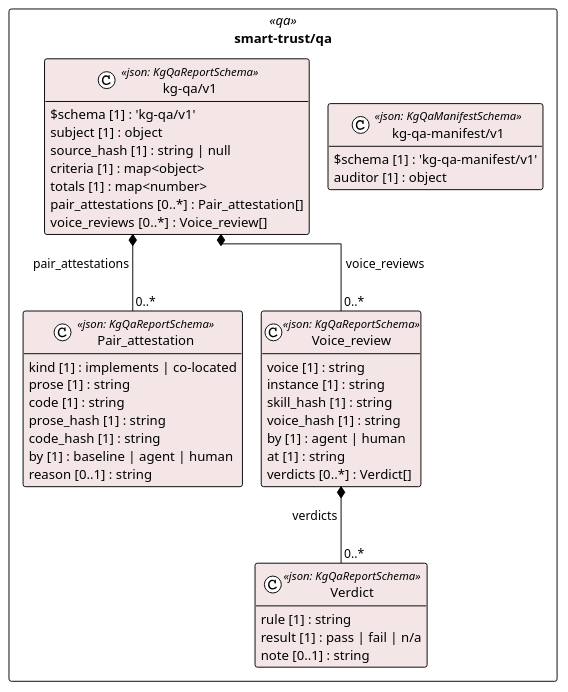
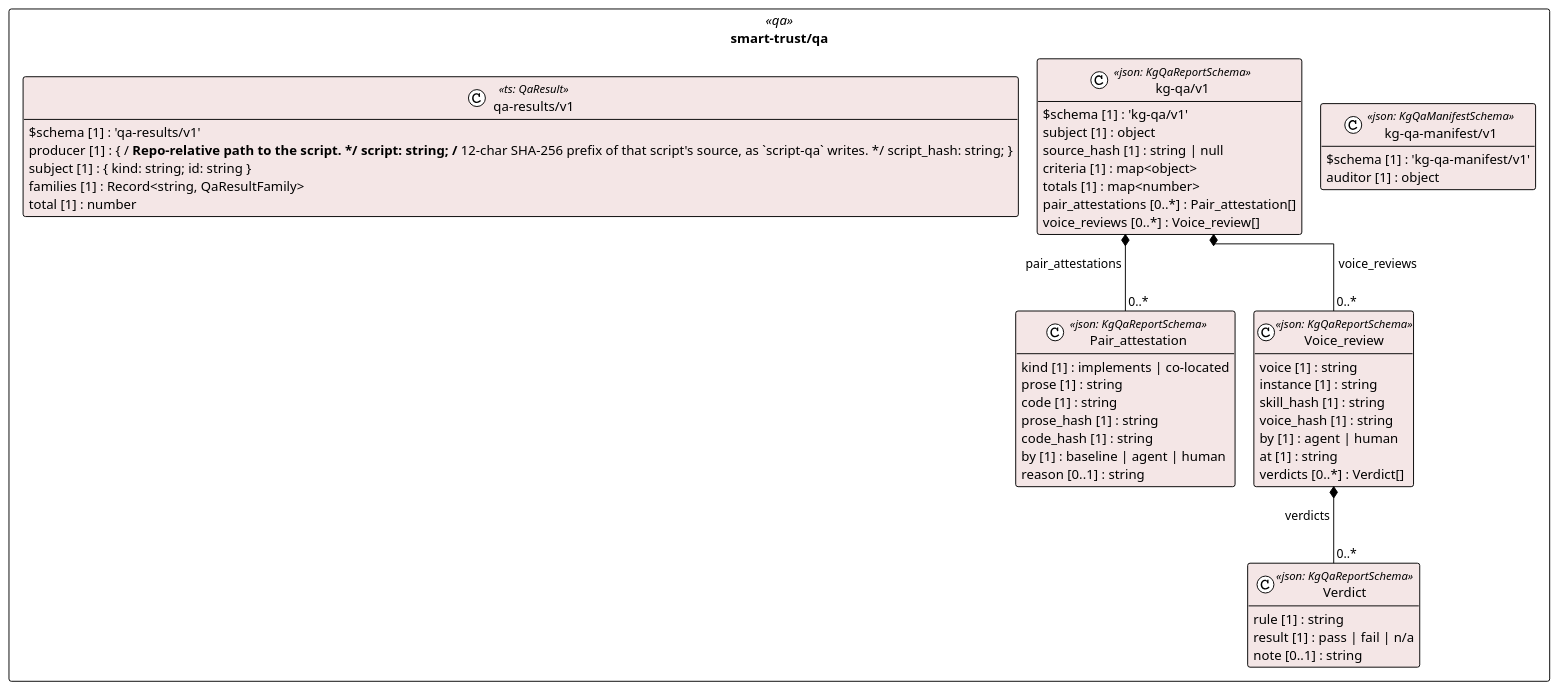
The diagram in cat-harness/uml/overview/smart-trust/qa.puml (litlfred/folio-assistant), drawn with PlantUML before and after one commit. The commit also changed 30 other files, not shown here.

```diff
--- a/cat-harness/uml/overview/smart-trust/qa.puml
+++ b/cat-harness/uml/overview/smart-trust/qa.puml
@@ -3,51 +3,58 @@
 @startuml smart_trust_qa
 !pragma layout elk
 !theme plain
 skinparam classAttributeIconSize 0
 skinparam shadowing false
 skinparam packageStyle rectangle
 hide empty methods
 
 package "smart-trust/qa" as pkg_smart_trust_qa <<qa>> {
   class "Pair_attestation" as smart_trust_qa_kg_qa_v1_Pair_attestation <<json: KgQaReportSchema>> #f4e6e6 {
     kind [1] : implements | co-located
     prose [1] : string
     code [1] : string
     prose_hash [1] : string
     code_hash [1] : string
     by [1] : baseline | agent | human
     reason [0..1] : string
   }
   class "Verdict" as smart_trust_qa_kg_qa_v1_Verdict <<json: KgQaReportSchema>> #f4e6e6 {
     rule [1] : string
     result [1] : pass | fail | n/a
     note [0..1] : string
   }
   class "Voice_review" as smart_trust_qa_kg_qa_v1_Voice_review <<json: KgQaReportSchema>> #f4e6e6 {
     voice [1] : string
     instance [1] : string
     skill_hash [1] : string
     voice_hash [1] : string
     by [1] : agent | human
     at [1] : string
     verdicts [0..*] : Verdict[]
   }
   class "kg-qa/v1" as smart_trust_qa_kg_qa_v1_kg_qa_v1 <<json: KgQaReportSchema>> #f4e6e6 {
     $schema [1] : 'kg-qa/v1'
     subject [1] : object
     source_hash [1] : string | null
     criteria [1] : map<object>
     totals [1] : map<number>
     pair_attestations [0..*] : Pair_attestation[]
     voice_reviews [0..*] : Voice_review[]
   }
   class "kg-qa-manifest/v1" as smart_trust_qa_kg_qa_manifest_v1_kg_qa_manifest_v1 <<json: KgQaManifestSchema>> #f4e6e6 {
     $schema [1] : 'kg-qa-manifest/v1'
     auditor [1] : object
   }
+  class "qa-results/v1" as smart_trust_qa_qa_results_v1 <<ts: QaResult>> #f4e6e6 {
+    $schema [1] : 'qa-results/v1'
+    producer [1] : { /** Repo-relative path to the script. */ script: string; /** 12-char SHA-256 prefix of that script's source, as `script-qa` writes. */ script_hash: string; }
+    subject [1] : { kind: string; id: string }
+    families [1] : Record<string, QaResultFamily>
+    total [1] : number
+  }
 }
 
 smart_trust_qa_kg_qa_v1_kg_qa_v1 *-- "0..*" smart_trust_qa_kg_qa_v1_Pair_attestation : pair_attestations
 smart_trust_qa_kg_qa_v1_Voice_review *-- "0..*" smart_trust_qa_kg_qa_v1_Verdict : verdicts
 smart_trust_qa_kg_qa_v1_kg_qa_v1 *-- "0..*" smart_trust_qa_kg_qa_v1_Voice_review : voice_reviews
 @enduml
```
